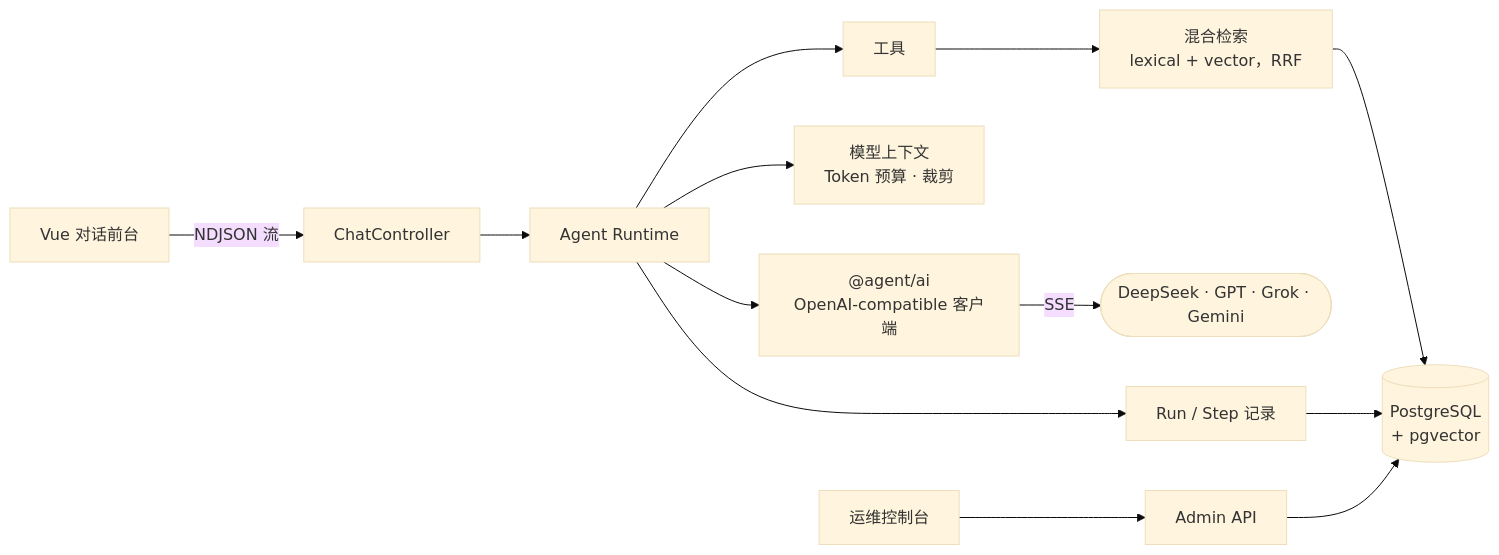
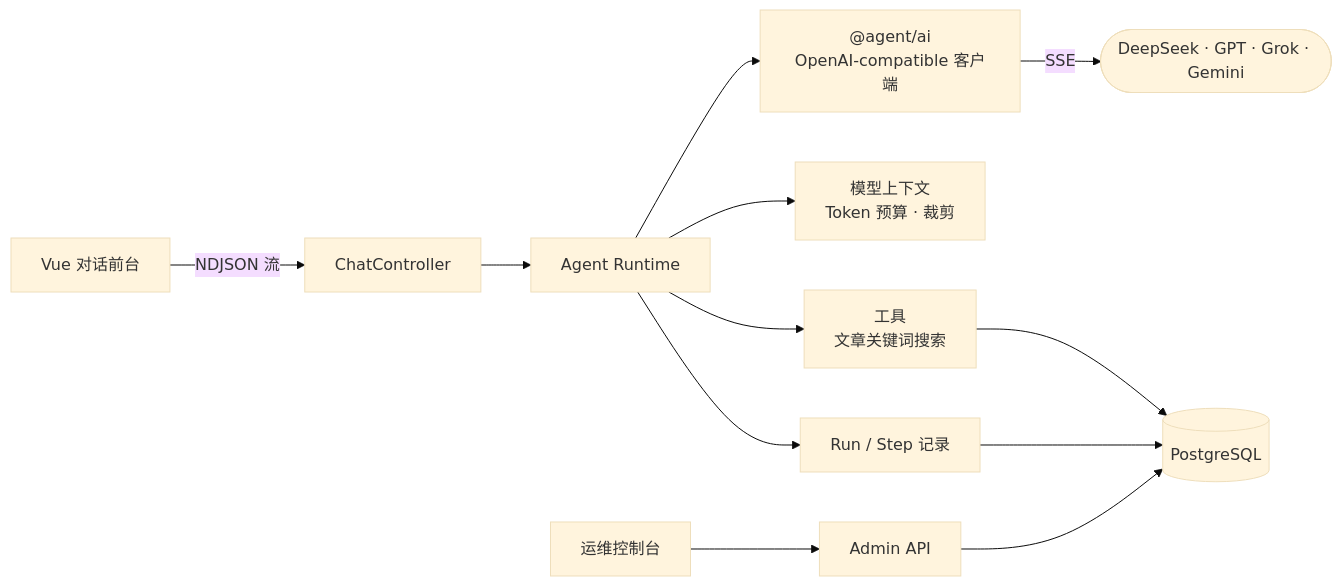
Before and after one commit to mufeiyu-ayu/agent: the diagram in README.zh-CN.md, drawn with Mermaid (base theme). The commit also changed other lines of this file and 52 other files, not shown here.

````diff
--- a/README.zh-CN.md
+++ b/README.zh-CN.md
@@ -93,13 +93,12 @@
 ```mermaid
 flowchart LR
     Web[Vue 对话前台] -->|NDJSON 流| API[ChatController]
     Admin[运维控制台] --> AdminAPI[Admin API]
     API --> Runtime[Agent Runtime]
     Runtime --> Context[模型上下文<br/>Token 预算 · 裁剪]
     Runtime --> LLM["@agent/ai<br/>OpenAI-compatible 客户端"]
     LLM -->|SSE| Providers([DeepSeek · GPT · Grok · Gemini])
-    Runtime --> Tools[工具] --> Retrieval[混合检索<br/>lexical + vector，RRF]
-    Retrieval --> DB[(PostgreSQL<br/>+ pgvector)]
+    Runtime --> Tools[工具<br/>文章关键词搜索] --> DB[(PostgreSQL)]
     Runtime --> Recorder[Run / Step 记录] --> DB
     AdminAPI --> DB
 ```
````
